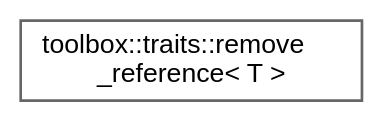
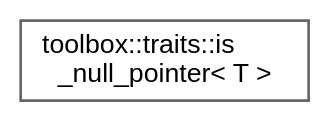
One commit to nerdneilsfield/cpp-toolbox changed the diagram in inherit_graph_142.dot. Above: the diagram before and after it, drawn with Graphviz. The commit also changed 460 other files, not shown here.

```diff
--- a/inherit_graph_142.dot
+++ b/inherit_graph_142.dot
@@ -1,9 +1,9 @@
 digraph "Graphical Class Hierarchy"
 {
  // LATEX_PDF_SIZE
   bgcolor="transparent";
   edge [fontname=Helvetica,fontsize=10,labelfontname=Helvetica,labelfontsize=10];
   node [fontname=Helvetica,fontsize=10,shape=box,height=0.2,width=0.4];
   rankdir="LR";
-  Node0 [id="Node000000",label="toolbox::traits::remove\l_reference\< T \>",height=0.2,width=0.4,color="grey40", fillcolor="white", style="filled",URL="$structtoolbox_1_1traits_1_1remove__reference.html",tooltip="移除类型的引用/Remove reference from type"];
+  Node0 [id="Node000000",label="toolbox::traits::is\l_null_pointer\< T \>",height=0.2,width=0.4,color="grey40", fillcolor="white", style="filled",URL="$structtoolbox_1_1traits_1_1is__null__pointer.html",tooltip="检查类型是否为std::nullptr_t/Check if type is std::nullptr_t"];
 }
```
